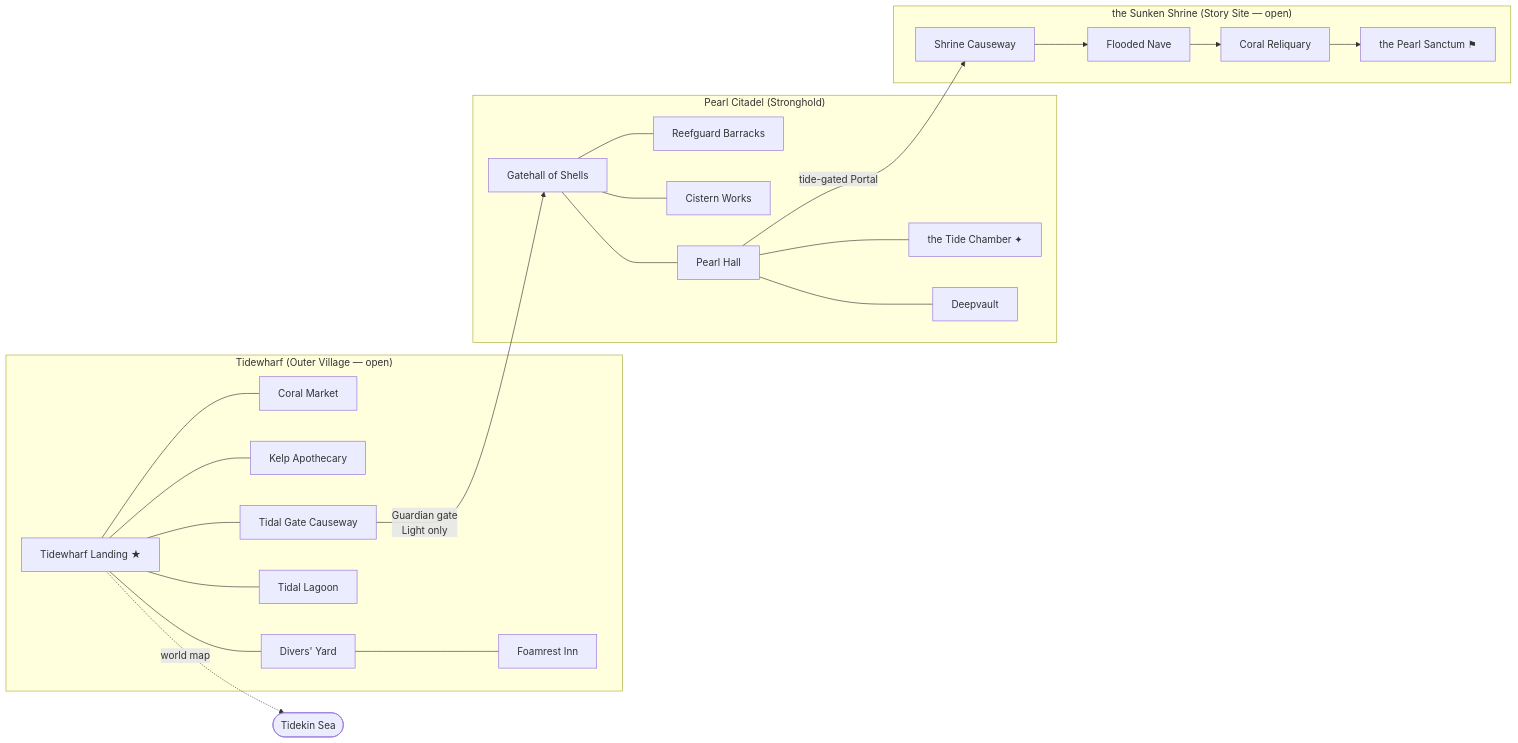
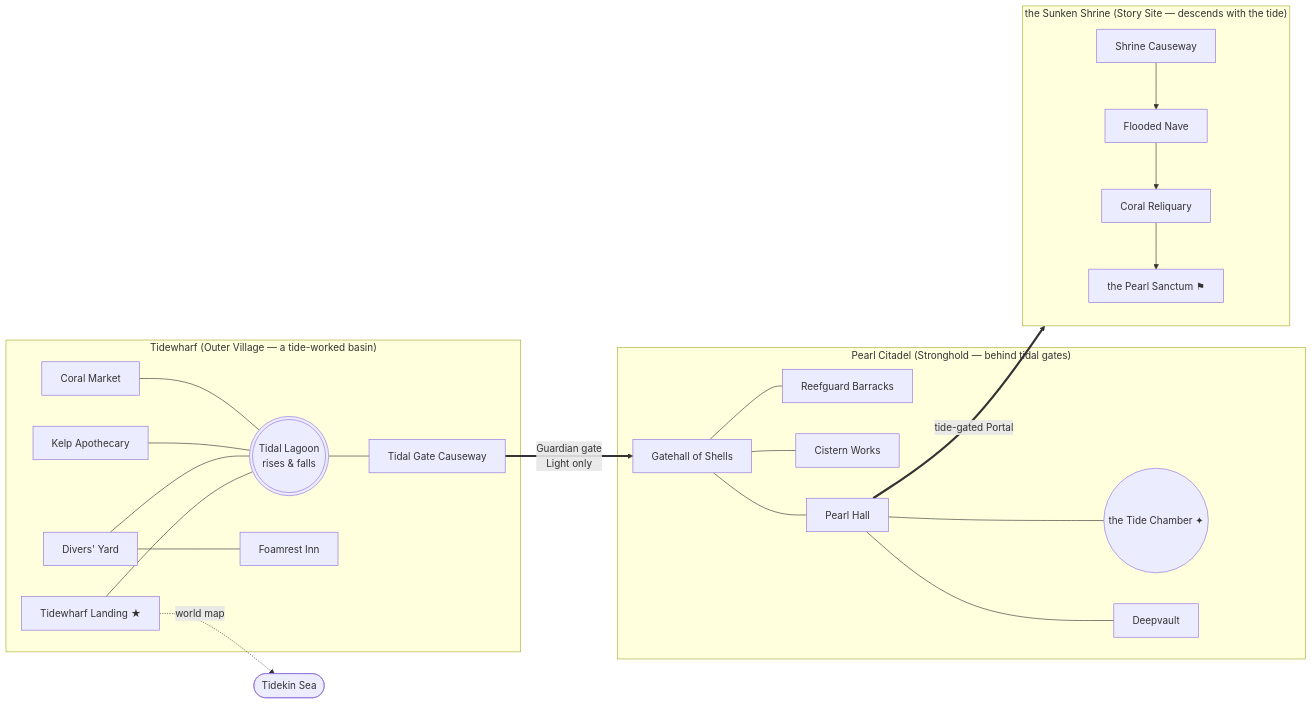
The second of 8 diagrams in docs/design/0014-hometown-maps.md (DibranMulder/2D-platform-game), drawn with Mermaid before and after one commit. The commit also changed other lines of this file, not shown here.

First line of the commit message:
Reshape home-town portal graphs to their terrain (DESIGN-0014)

````diff
--- a/docs/design/0014-hometown-maps.md
+++ b/docs/design/0014-hometown-maps.md
@@ -381,24 +391,25 @@
 ```mermaid
 flowchart LR
-    subgraph V["Tidewharf (Outer Village — open)"]
-        LAND[Tidewharf Landing ★] --- CM[Coral Market]
-        LAND --- KA[Kelp Apothecary]
-        LAND --- DY[Divers' Yard]
+    subgraph V["Tidewharf (Outer Village — a tide-worked basin)"]
+        CM[Coral Market] --- LAG(((Tidal Lagoon<br/>rises &amp; falls)))
+        KA[Kelp Apothecary] --- LAG
+        DY[Divers' Yard] --- LAG
         DY --- INN[Foamrest Inn]
-        LAND --- LAG[Tidal Lagoon]
-        LAND --- CAUS[Tidal Gate Causeway]
+        LAND[Tidewharf Landing ★] --- LAG
+        LAG --- CAUS[Tidal Gate Causeway]
     end
-    CAUS -->|Guardian gate<br/>Light only| GS[Gatehall of Shells]
-    subgraph S["Pearl Citadel (Stronghold)"]
-        GS --- RB[Reefguard Barracks]
+    CAUS ==>|Guardian gate<br/>Light only| GS
+    subgraph S["Pearl Citadel (Stronghold — behind tidal gates)"]
+        GS[Gatehall of Shells] --- RB[Reefguard Barracks]
         GS --- CW[Cistern Works]
         GS --- PH[Pearl Hall]
-        PH --- TC[the Tide Chamber ✦]
+        PH --- TC((the Tide Chamber ✦))
         PH --- DV[Deepvault]
     end
-    PH -->|tide-gated Portal| SC
-    subgraph T["the Sunken Shrine (Story Site — open)"]
+    PH ==>|tide-gated Portal| SC
+    subgraph T["the Sunken Shrine (Story Site — descends with the tide)"]
+        direction TB
         SC[Shrine Causeway] --> FN[Flooded Nave] --> CR[Coral Reliquary] --> PS[the Pearl Sanctum ⚑]
     end
     LAND -.world map.-> W([Tidekin Sea])
 ```
````
